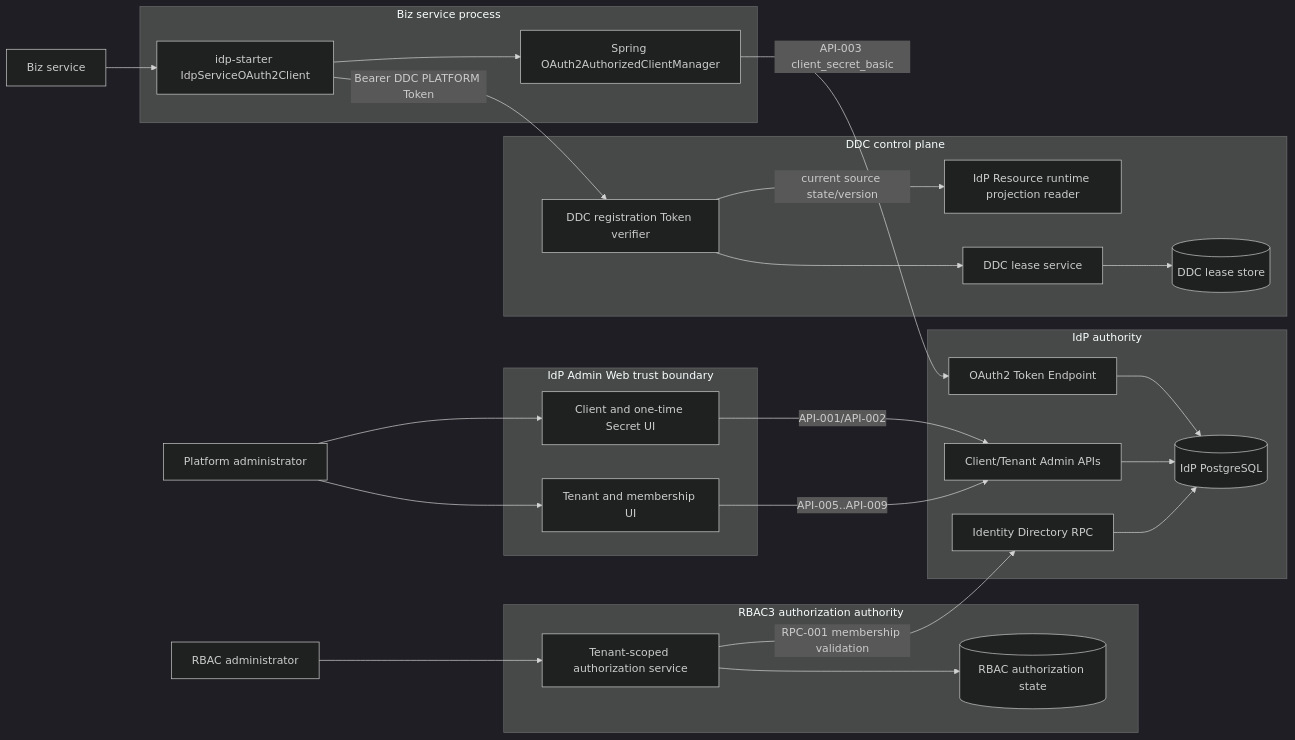
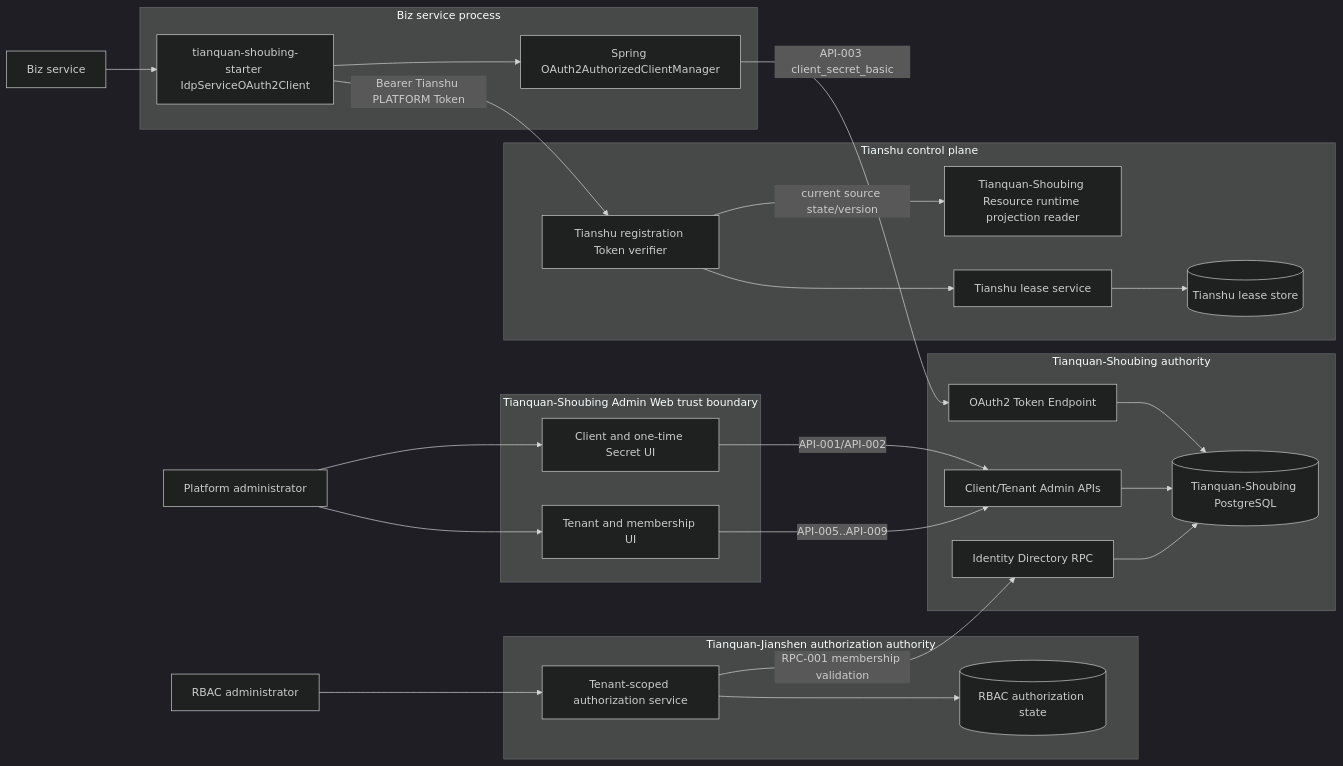
The second of 7 diagrams in docs/egon/spec/2026-08-21-07-51-idp-oauth-client-tenant-ownership.md (AllenDEricDAlexander/Egon-COLA), drawn with Mermaid (dark theme) before and after one commit. The commit also changed other lines of this file and 233 other files, not shown here.

````diff
--- a/docs/egon/spec/2026-08-21-07-51-idp-oauth-client-tenant-ownership.md
+++ b/docs/egon/spec/2026-08-21-07-51-idp-oauth-client-tenant-ownership.md
@@ -313,47 +313,47 @@
 ```mermaid
 flowchart LR
     Admin["Platform administrator"]
     Biz["Biz service"]
     RbacAdmin["RBAC administrator"]
 
-    subgraph IdPWeb["IdP Admin Web trust boundary"]
+    subgraph IdPWeb["Tianquan-Shoubing Admin Web trust boundary"]
         ClientPage["Client and one-time Secret UI"]
         TenantPage["Tenant and membership UI"]
     end
 
-    subgraph IdP["IdP authority"]
+    subgraph Tianquan-Shoubing["Tianquan-Shoubing authority"]
         AdminAPI["Client/Tenant Admin APIs"]
         TokenEP["OAuth2 Token Endpoint"]
         Directory["Identity Directory RPC"]
-        IdpDB[("IdP PostgreSQL")]
+        IdpDB[("Tianquan-Shoubing PostgreSQL")]
     end
 
     subgraph App["Biz service process"]
-        Starter["idp-starter IdpServiceOAuth2Client"]
+        Starter["tianquan-shoubing-starter IdpServiceOAuth2Client"]
         OAuthMgr["Spring OAuth2AuthorizedClientManager"]
     end
 
-    subgraph DDCBoundary["DDC control plane"]
-        DdcVerifier["DDC registration Token verifier"]
-        Projection["IdP Resource runtime projection reader"]
-        Lease["DDC lease service"]
-        DdcStore[("DDC lease store")]
+    subgraph DDCBoundary["Tianshu control plane"]
+        DdcVerifier["Tianshu registration Token verifier"]
+        Projection["Tianquan-Shoubing Resource runtime projection reader"]
+        Lease["Tianshu lease service"]
+        DdcStore[("Tianshu lease store")]
     end
 
-    subgraph RBAC["RBAC3 authorization authority"]
+    subgraph RBAC["Tianquan-Jianshen authorization authority"]
         RbacSvc["Tenant-scoped authorization service"]
         AuthState[("RBAC authorization state")]
     end
 
     Admin --> ClientPage -->|"API-001/API-002"| AdminAPI
     Admin --> TenantPage -->|"API-005..API-009"| AdminAPI
     AdminAPI --> IdpDB
     Biz --> Starter --> OAuthMgr -->|"API-003 client_secret_basic"| TokenEP
     TokenEP --> IdpDB
-    Starter -->|"Bearer DDC PLATFORM Token"| DdcVerifier
+    Starter -->|"Bearer Tianshu PLATFORM Token"| DdcVerifier
     DdcVerifier -->|"current source state/version"| Projection
     DdcVerifier --> Lease --> DdcStore
     RbacAdmin --> RbacSvc
     RbacSvc -->|"RPC-001 membership validation"| Directory --> IdpDB
     RbacSvc --> AuthState
 ```
````
